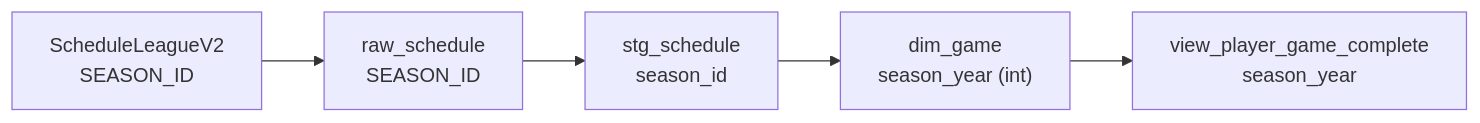
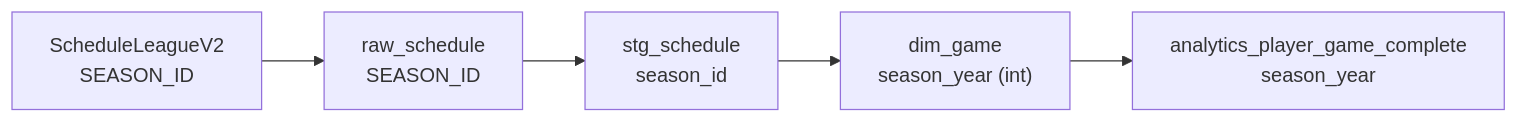
One commit to wyattowalsh/nbadb changed the seventh of 11 diagrams in docs/content/docs/lineage/column-lineage.mdx. Above: the diagram before and after it, drawn with Mermaid. The commit also changed other lines of this file and 318 other files, not shown here.

````diff
--- a/docs/content/docs/lineage/column-lineage.mdx
+++ b/docs/content/docs/lineage/column-lineage.mdx
@@ -107,7 +159,7 @@
 ```mermaid
 flowchart LR
     A["ScheduleLeagueV2\nSEASON_ID"] --> B["raw_schedule\nSEASON_ID"]
     B --> C["stg_schedule\nseason_id"]
     C --> D["dim_game\nseason_year (int)"]
-    D --> E["view_player_game_complete\nseason_year"]
+    D --> E["analytics_player_game_complete\nseason_year"]
 ```
````
